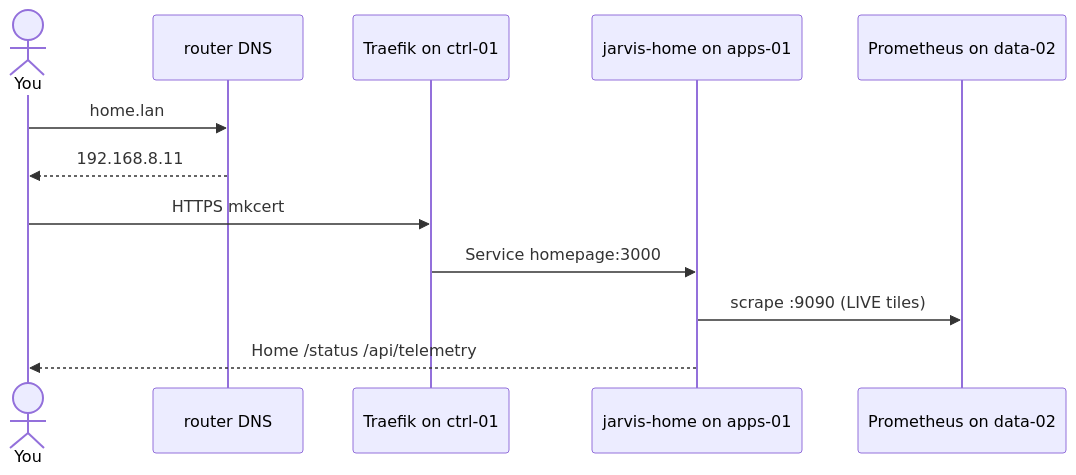
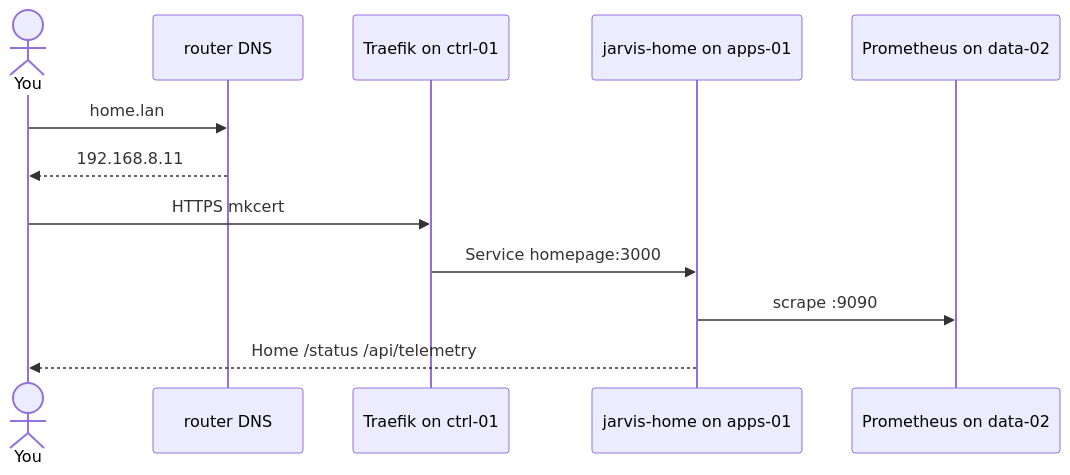
One commit to gordoncooper/jarvis-infra changed the fourth of 9 diagrams in README.md. Above: the diagram before and after it, drawn with Mermaid. The commit also changed other lines of this file, not shown here.

Commit message:
docs: infra README is the house map (rack, flows, mermaid)

````diff
--- a/README.md
+++ b/README.md
@@ -124,14 +191,14 @@
 ```mermaid
 sequenceDiagram
   actor You
   participant DNS as router DNS
   participant T as Traefik on ctrl-01
   participant H as jarvis-home on apps-01
   participant P as Prometheus on data-02
   You->>DNS: home.lan
   DNS-->>You: 192.168.8.11
   You->>T: HTTPS mkcert
   T->>H: Service homepage:3000
-  H->>P: scrape :9090 (LIVE tiles)
+  H->>P: scrape :9090
   H-->>You: Home /status /api/telemetry
 ```
````
